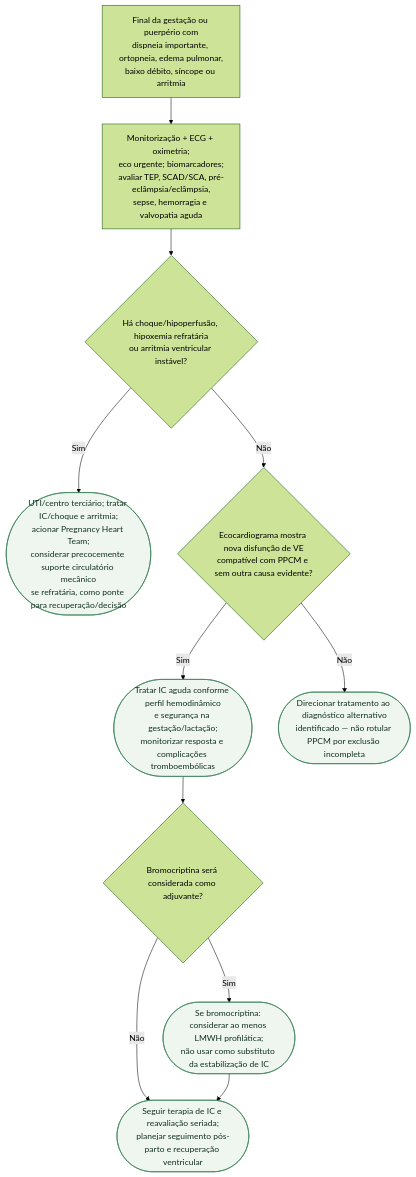
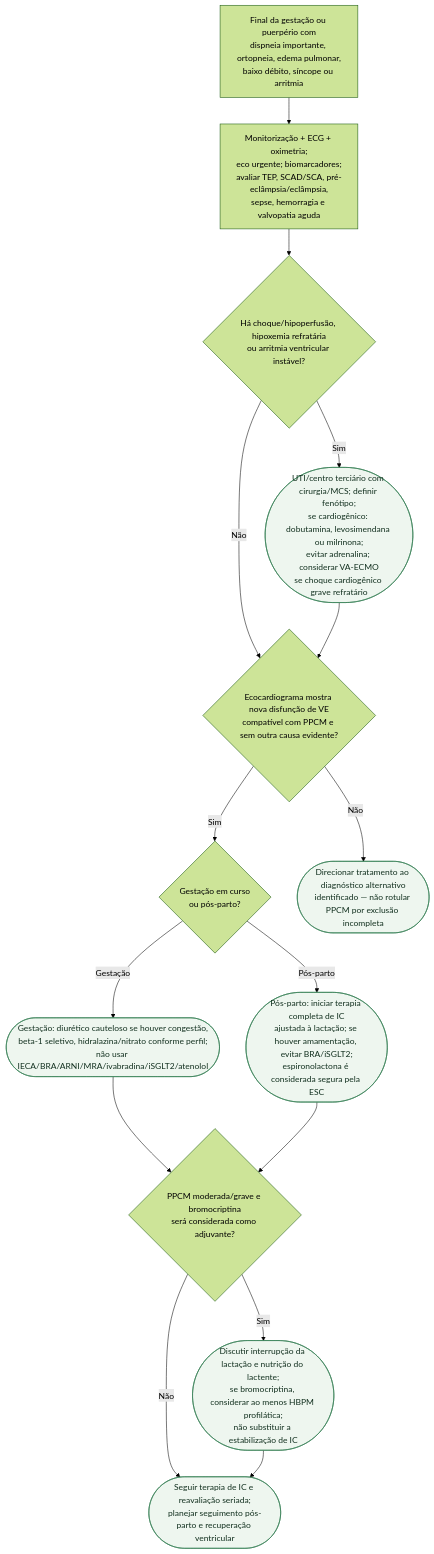
The diagram in content/Gravidez/fluxograma-cardiomiopatia-periparto-descompensada-e-choque-no-puerperio-esc-2025.md (rafaelpaesmeirelles/MeuCardio), drawn with Mermaid (forest theme) before and after one commit. The commit also changed other lines of this file and 22 other files, not shown here.

````diff
--- a/content/Gravidez/fluxograma-cardiomiopatia-periparto-descompensada-e-choque-no-puerperio-esc-2025.md
+++ b/content/Gravidez/fluxograma-cardiomiopatia-periparto-descompensada-e-choque-no-puerperio-esc-2025.md
@@ -13,27 +14,33 @@
 ```mermaid
 flowchart TD
   R0["Final da gestação ou puerpério com<br/>dispneia importante, ortopneia, edema pulmonar,<br/>baixo débito, síncope ou arritmia"]
   P1["Monitorização + ECG + oximetria;<br/>eco urgente; biomarcadores;<br/>avaliar TEP, SCAD/SCA, pré-eclâmpsia/eclâmpsia,<br/>sepse, hemorragia e valvopatia aguda"]
   D1{"Há choque/hipoperfusão, hipoxemia refratária<br/>ou arritmia ventricular instável?"}
-  C1(["UTI/centro terciário; tratar IC/choque e arritmia;<br/>acionar Pregnancy Heart Team;<br/>considerar precocemente suporte circulatório mecânico<br/>se refratária, como ponte para recuperação/decisão"])
+  C1(["UTI/centro terciário com cirurgia/MCS; definir fenótipo;<br/>se cardiogênico: dobutamina, levosimendana ou milrinona;<br/>evitar adrenalina; considerar VA-ECMO<br/>se choque cardiogênico grave refratário"])
   D2{"Ecocardiograma mostra nova disfunção de VE<br/>compatível com PPCM e sem outra causa evidente?"}
-  C2(["Tratar IC aguda conforme perfil hemodinâmico<br/>e segurança na gestação/lactação;<br/>monitorizar resposta e complicações tromboembólicas"])
+  D4{"Gestação em curso<br/>ou pós-parto?"}
+  C2(["Gestação: diurético cauteloso se houver congestão,<br/>beta-1 seletivo, hidralazina/nitrato conforme perfil;<br/>não usar IECA/BRA/ARNI/MRA/ivabradina/iSGLT2/atenolol"])
+  C6(["Pós-parto: iniciar terapia completa de IC<br/>ajustada à lactação; se houver amamentação, evitar BRA/iSGLT2;<br/>espironolactona é considerada segura pela ESC"])
   C3(["Direcionar tratamento ao diagnóstico alternativo<br/>identificado — não rotular PPCM por exclusão incompleta"])
-  D3{"Bromocriptina será considerada como adjuvante?"}
-  C4(["Se bromocriptina: considerar ao menos LMWH profilática;<br/>não usar como substituto da estabilização de IC"])
+  D3{"PPCM moderada/grave e bromocriptina<br/>será considerada como adjuvante?"}
+  C4(["Discutir interrupção da lactação e nutrição do lactente;<br/>se bromocriptina, considerar ao menos HBPM profilática;<br/>não substituir a estabilização de IC"])
   C5(["Seguir terapia de IC e reavaliação seriada;<br/>planejar seguimento pós-parto e recuperação ventricular"])
 
   R0 --> P1
   P1 --> D1
   D1 -->|"Sim"| C1
   D1 -->|"Não"| D2
-  D2 -->|"Sim"| C2
+  C1 --> D2
   D2 -->|"Não"| C3
+  D2 -->|"Sim"| D4
+  D4 -->|"Gestação"| C2
+  D4 -->|"Pós-parto"| C6
   C2 --> D3
+  C6 --> D3
   D3 -->|"Sim"| C4
   D3 -->|"Não"| C5
   C4 --> C5
 
   classDef conduta fill:#eef6ef,stroke:#2f7a4f,color:#12301f;
-  class C1,C2,C3,C4,C5 conduta;
+  class C1,C2,C3,C4,C5,C6 conduta;
 ```
````
